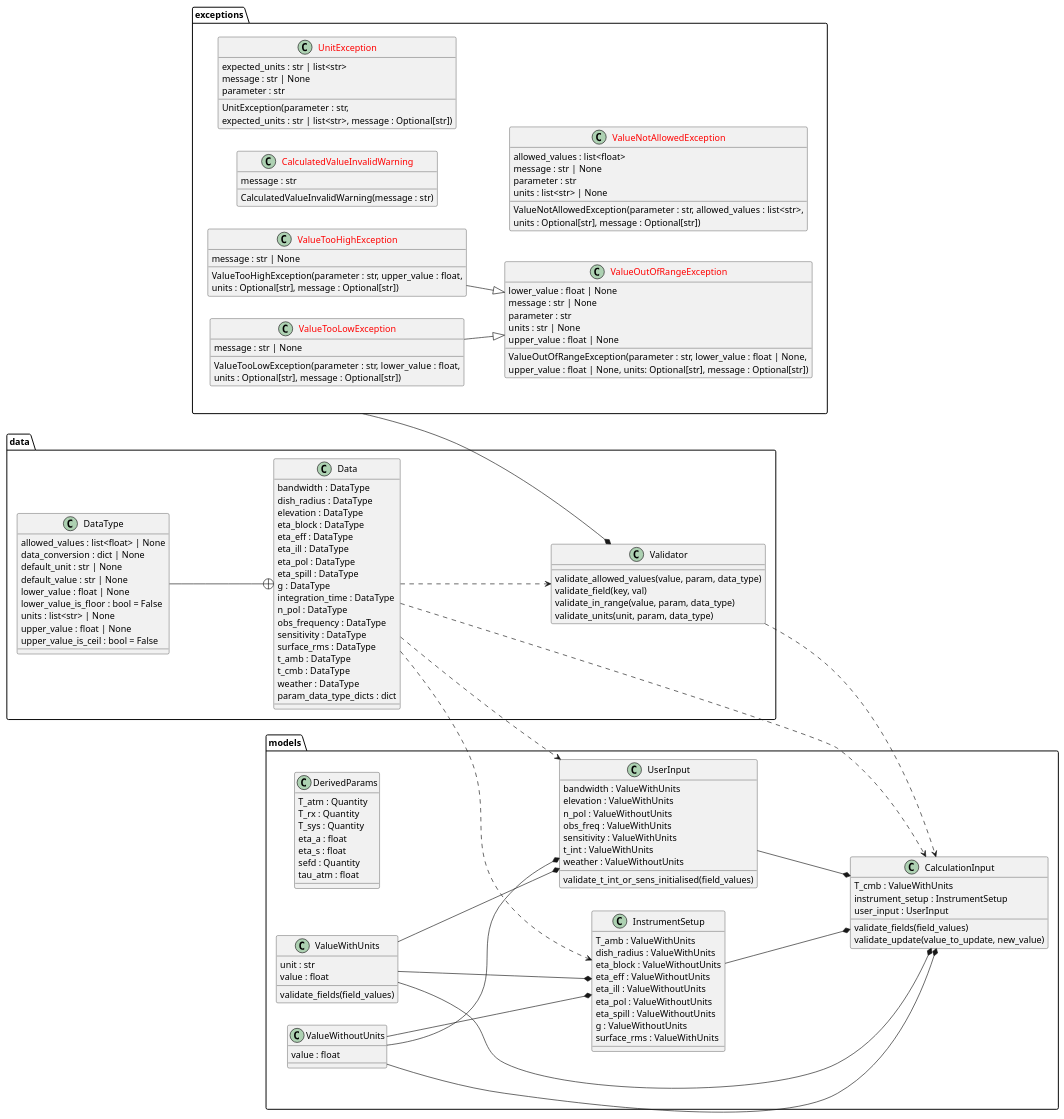
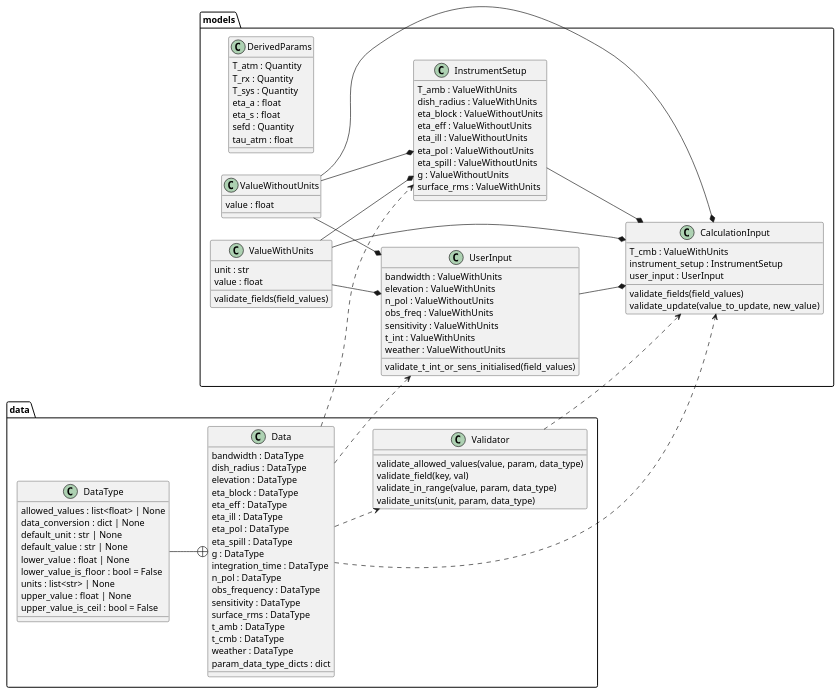
The diagram in docs/source/code_docs/data_model_uml.rst (ukatc/AtLAST_sensitivity_calculator), drawn with PlantUML before and after one commit. The commit also changed 2 other files, not shown here.

Commit message:
Exceptions UML diagram

```diff
--- a/docs/source/code_docs/data_model_uml.rst
+++ b/docs/source/code_docs/data_model_uml.rst
@@ -7,10 +7,6 @@
 
     left to right direction
 
-    class "<color:red>CalculatedValueInvalidWarning</color>" as exceptions.CalculatedValueInvalidWarning {
-      message : str
-      CalculatedValueInvalidWarning(message : str)
-    }
     class "CalculationInput" as models.CalculationInput {
       T_cmb : ValueWithUnits
       instrument_setup : InstrumentSetup
@@ -69,13 +65,6 @@
       g : ValueWithoutUnits
       surface_rms : ValueWithUnits
     }
-    class "<color:red>UnitException</color>" as exceptions.UnitException {
-      expected_units : str | list<str>
-      message : str | None
-      parameter : str
-      UnitException(parameter : str,
-      expected_units : str | list<str>, message : Optional[str])
-    }
     class "UserInput" as models.UserInput {
       bandwidth : ValueWithUnits
       elevation : ValueWithUnits
@@ -92,33 +81,6 @@
       validate_in_range(value, param, data_type)
       validate_units(unit, param, data_type)
     }
-    class "<color:red>ValueNotAllowedException</color>" as exceptions.ValueNotAllowedException {
-      allowed_values : list<float>
-      message : str | None
-      parameter : str
-      units : list<str> | None
-      ValueNotAllowedException(parameter : str, allowed_values : list<str>,
-      units : Optional[str], message : Optional[str])
-    }
-    class "<color:red>ValueOutOfRangeException</color>" as exceptions.ValueOutOfRangeException {
-      lower_value : float | None
-      message : str | None
-      parameter : str
-      units : str | None
-      upper_value : float | None
-      ValueOutOfRangeException(parameter : str, lower_value : float | None,
-      upper_value : float | None, units: Optional[str], message : Optional[str])
-    }
-    class "<color:red>ValueTooHighException</color>" as exceptions.ValueTooHighException {
-      message : str | None
-      ValueTooHighException(parameter : str, upper_value : float,
-      units : Optional[str], message : Optional[str])
-    }
-    class "<color:red>ValueTooLowException</color>" as exceptions.ValueTooLowException {
-      message : str | None
-      ValueTooLowException(parameter : str, lower_value : float,
-      units : Optional[str], message : Optional[str])
-    }
     class "ValueWithUnits" as models.ValueWithUnits {
       unit : str
       value : float
@@ -131,7 +93,6 @@
     models.InstrumentSetup --* models.CalculationInput
     models.UserInput --* models.CalculationInput
     data.Validator ..> models.CalculationInput
-    exceptions --* data.Validator
     data.DataType --+ data.Data
     data.Data ..> data.Validator
     data.Data ..> models.CalculationInput
@@ -143,6 +104,4 @@
     models.ValueWithoutUnits --* models.CalculationInput
     models.ValueWithoutUnits --* models.UserInput
     models.ValueWithoutUnits --* models.InstrumentSetup
-    exceptions.ValueTooHighException --|> exceptions.ValueOutOfRangeException
-    exceptions.ValueTooLowException --|> exceptions.ValueOutOfRangeException
     @enduml
```
